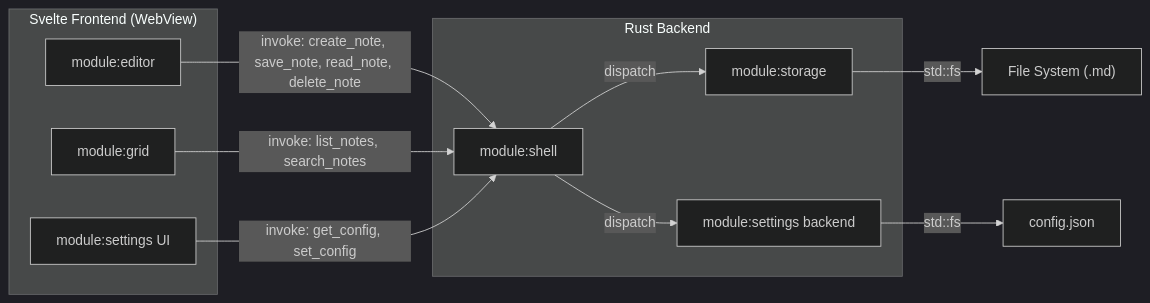
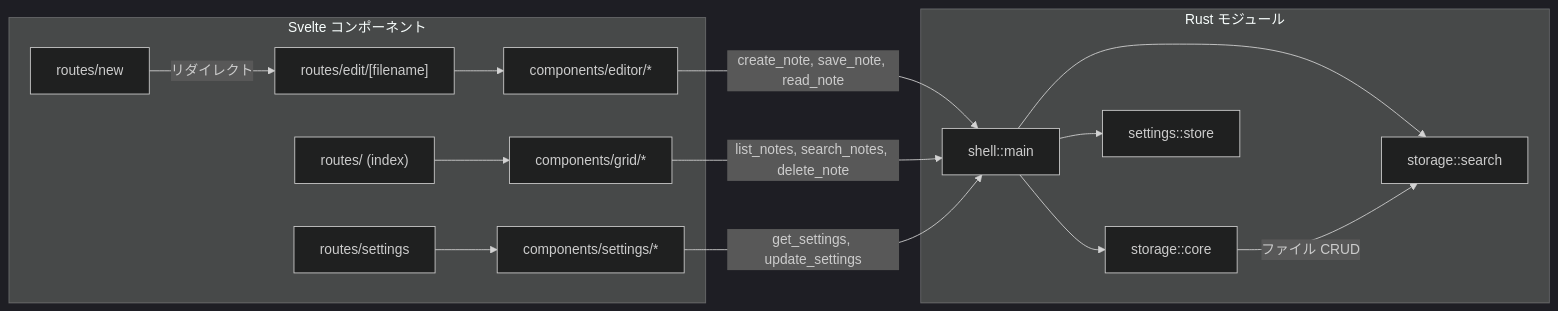
The fourth of 4 diagrams in docs/detailed_design/component_architecture.md (dev-komenzar/prompt-notes), drawn with Mermaid (dark theme) before and after one commit. The commit also changed other lines of this file and 3 other files, not shown here.

````diff
--- a/docs/detailed_design/component_architecture.md
+++ b/docs/detailed_design/component_architecture.md
@@ -158,22 +166,34 @@
 ```mermaid
 graph LR
-    subgraph Frontend["Svelte Frontend (WebView)"]
-        E["module:editor"]
-        G["module:grid"]
-        SU["module:settings UI"]
+    subgraph "Svelte コンポーネント"
+        EditorPage["routes/edit/[filename]"]
+        GridPage["routes/ (index)"]
+        SettingsPage["routes/settings"]
+        NewPage["routes/new"]
+        EditorComp["components/editor/*"]
+        GridComp["components/grid/*"]
+        SettingsComp["components/settings/*"]
     end
 
-    subgraph Backend["Rust Backend"]
-        SH["module:shell"]
-        ST["module:storage"]
-        SC["module:settings backend"]
+    subgraph "Rust モジュール"
+        ShellMain["shell::main"]
+        StorageCore["storage::core"]
+        StorageSearch["storage::search"]
+        SettingsStore["settings::store"]
     end
 
-    E -->|"invoke: create_note, save_note, read_note, delete_note"| SH
-    G -->|"invoke: list_notes, search_notes"| SH
-    SU -->|"invoke: get_config, set_config"| SH
-    SH -->|dispatch| ST
-    SH -->|dispatch| SC
-    ST -->|"std::fs"| FS["File System (.md)"]
-    SC -->|"std::fs"| CF["config.json"]
+    EditorPage --> EditorComp
+    GridPage --> GridComp
+    SettingsPage --> SettingsComp
+    NewPage -->|"リダイレクト"| EditorPage
+
+    EditorComp -->|"create_note, save_note, read_note"| ShellMain
+    GridComp -->|"list_notes, search_notes, delete_note"| ShellMain
+    SettingsComp -->|"get_settings, update_settings"| ShellMain
+
+    ShellMain --> StorageCore
+    ShellMain --> StorageSearch
+    ShellMain --> SettingsStore
+
+    StorageCore -->|"ファイル CRUD"| StorageSearch
 ```
````
